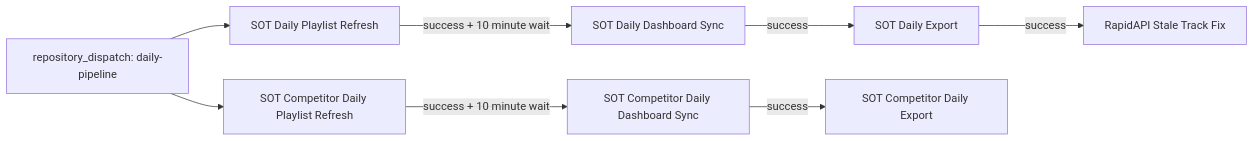
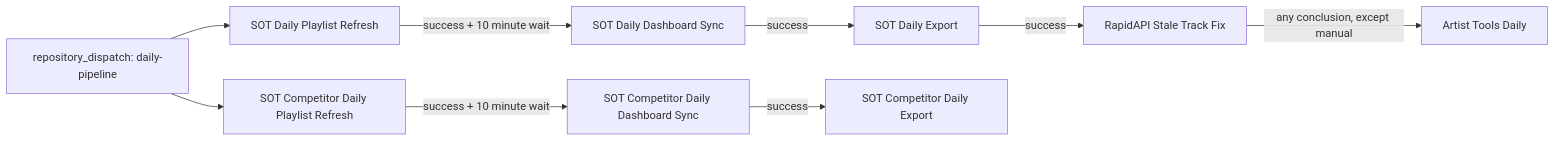
The diagram in docs/DAILY-PIPELINE.md (niksaxena1/StreamBase), drawn with Mermaid before and after one commit. The commit also changed other lines of this file and 9 other files, not shown here.

Commit message:
Add artist.tools daily stream source and stale fallback

````diff
--- a/docs/DAILY-PIPELINE.md
+++ b/docs/DAILY-PIPELINE.md
@@ -7,10 +7,11 @@
 ```mermaid
 flowchart LR
   Head[repository_dispatch: daily-pipeline] --> OwnRefresh[SOT Daily Playlist Refresh]
   Head --> CompetitorRefresh[SOT Competitor Daily Playlist Refresh]
   OwnRefresh -->|success + 10 minute wait| OwnSync[SOT Daily Dashboard Sync]
   OwnSync -->|success| OwnExport[SOT Daily Export]
   OwnExport -->|success| Fix[RapidAPI Stale Track Fix]
+  Fix -->|any conclusion, except manual| Artist[Artist Tools Daily]
   CompetitorRefresh -->|success + 10 minute wait| CompetitorSync[SOT Competitor Daily Dashboard Sync]
   CompetitorSync -->|success| CompetitorExport[SOT Competitor Daily Export]
 ```
````
